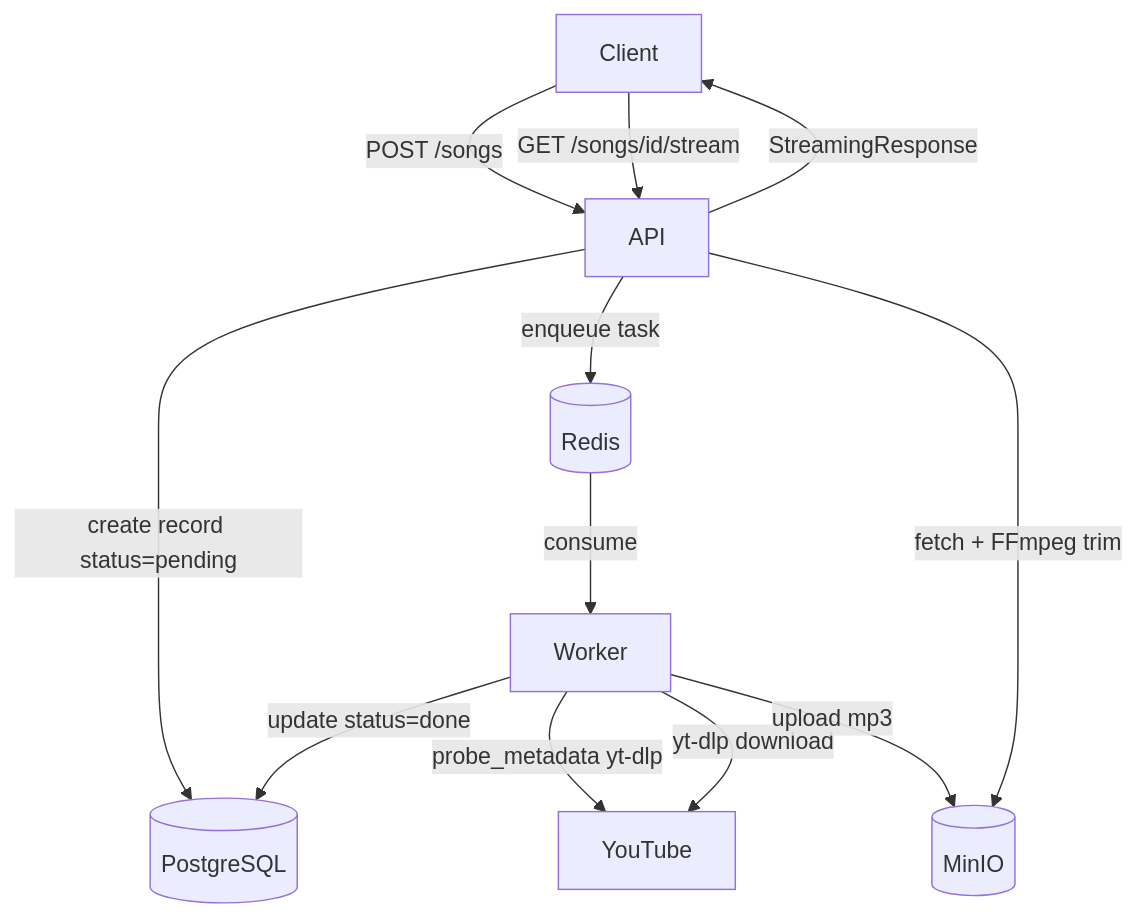
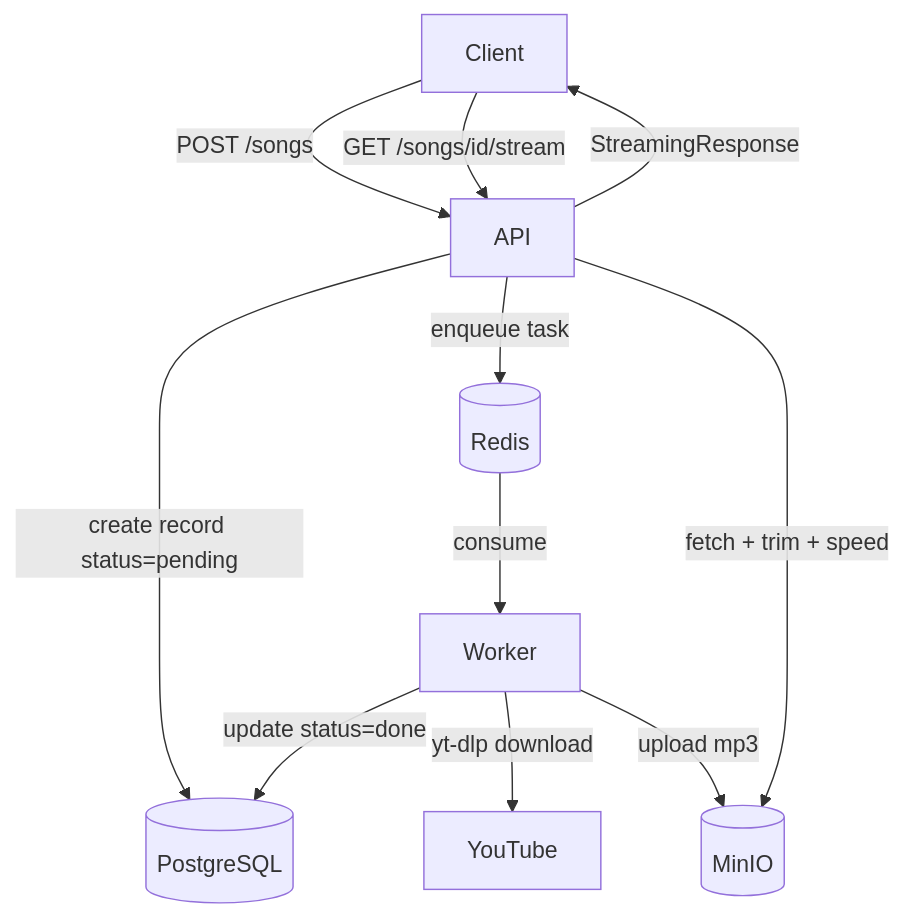
Before and after one commit to KarthikUdyawar/melo: the first of 4 diagrams in README.md, drawn with Mermaid. The commit also changed other lines of this file and 5 other files, not shown here.

````diff
--- a/README.md
+++ b/README.md
@@ -24,14 +24,13 @@
 ```mermaid
 graph TD
     Client -->|POST /songs| API
     API -->|create record status=pending| PG[(PostgreSQL)]
     API -->|enqueue task| Redis[(Redis)]
     Redis -->|consume| Worker
-    Worker -->|probe_metadata yt-dlp| YT[YouTube]
-    Worker -->|yt-dlp download| YT
+    Worker -->|yt-dlp download| YT[YouTube]
     Worker -->|upload mp3| MinIO[(MinIO)]
     Worker -->|update status=done| PG
     Client -->|GET /songs/id/stream| API
-    API -->|fetch + FFmpeg trim| MinIO
+    API -->|fetch + trim + speed| MinIO
     API -->|StreamingResponse| Client
 ```
````
